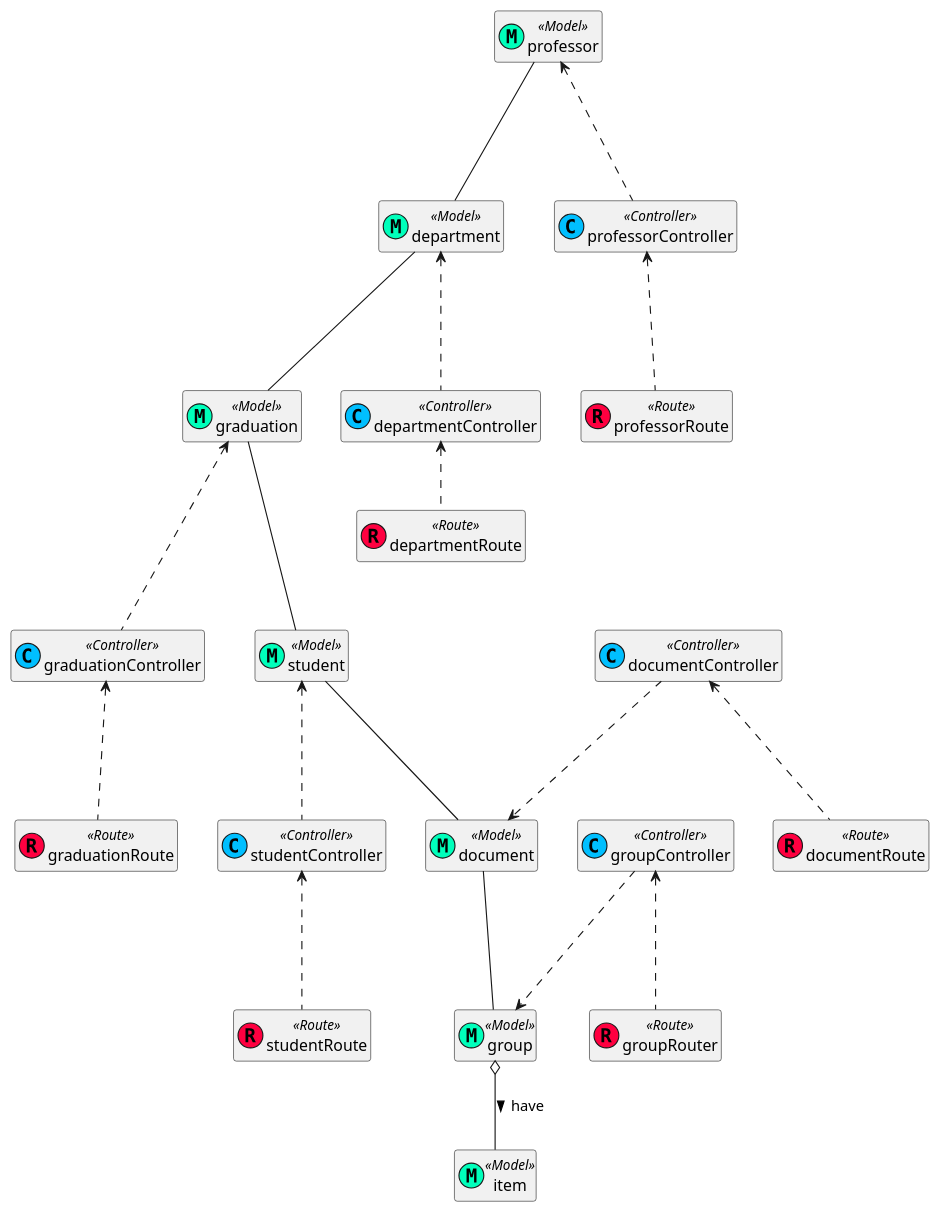
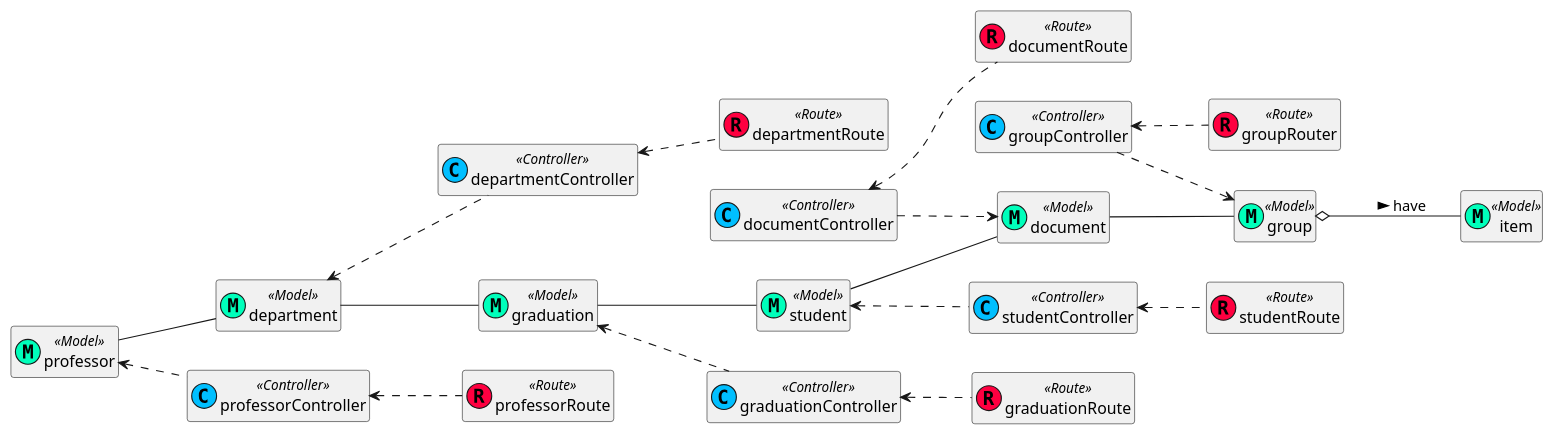
Before and after one commit to rodrigoRolim/AC-backend: the diagram in design/classdiagram/CAdiagramclass.wsd, drawn with PlantUML. The commit also changed 61 other files, not shown here.

Commit message:
change requeriments and diagrams

```diff
--- a/design/classdiagram/CAdiagramclass.wsd
+++ b/design/classdiagram/CAdiagramclass.wsd
@@ -1,83 +1,83 @@
 @startuml
-
+left to right direction
 hide members
 class document  <<(M, #00ffbb)Model>> {
 
 }
 class student <<(M, #00ffbb)Model>> { 
 
 }
 class professor <<(M, #00ffbb)Model>> {
 
 }
 class group <<(M, #00ffbb)Model>> {
 
 }
 class item <<(M, #00ffbb)Model>> {
 
 }
 class documentController <<(C, #00bfff)Controller>> {
 
 }
 class studentController <<(C, #00bfff)Controller>> {
 
 }
 class professorController <<(C, #00bfff)Controller>> {
 
 }
 class professorRoute <<(R, #ff0040)Route>> {
 
 }
 class studentRoute <<(R, #ff0040)Route>> {
 
 }
 class documentRoute  <<(R, #ff0040)Route>> {
 
 }
 class groupController <<(C, #00bfff) Controller>> {
 
 }
 class groupRouter <<(R, #ff0040)Route>> {
 
 }
 class department <<(M, #00ffbb)Model>> {
 
 }
 class departmentController <<(C, #00bfff) Controller>> {
 
 }
 class departmentRoute <<(R, #ff0040)Route>> {
 
 }
 class graduation <<(M, #00ffbb)Model>> {
 
 }
 class graduationController <<(C, #00bfff) Controller>> {
 
 }
 class graduationRoute <<(R, #ff0040)Route>> {
 
 }
 
-document ---  group
-student --- document
-professor --- department
-graduation --- student
-department --- graduation
+document --  group
+student -- document
+professor -- department
+graduation -- student
+department -- graduation
 group o-- item: have >
 
-documentController ...> document
-student <... studentController
-professor <... professorController
-graduation <... graduationController
-department <... departmentController
+documentController ..> document
+student <.. studentController
+professor <.. professorController
+graduation <.. graduationController
+department <.. departmentController
 
-documentController <... documentRoute
-studentController <... studentRoute
-professorController <... professorRoute
-groupController ...> group
-groupController <... groupRouter
+documentController <.. documentRoute
+studentController <.. studentRoute
+professorController <.. professorRoute
+groupController ..> group
+groupController <.. groupRouter
 departmentController <.. departmentRoute
-graduationController <... graduationRoute
+graduationController <.. graduationRoute
 
 @enduml
```
